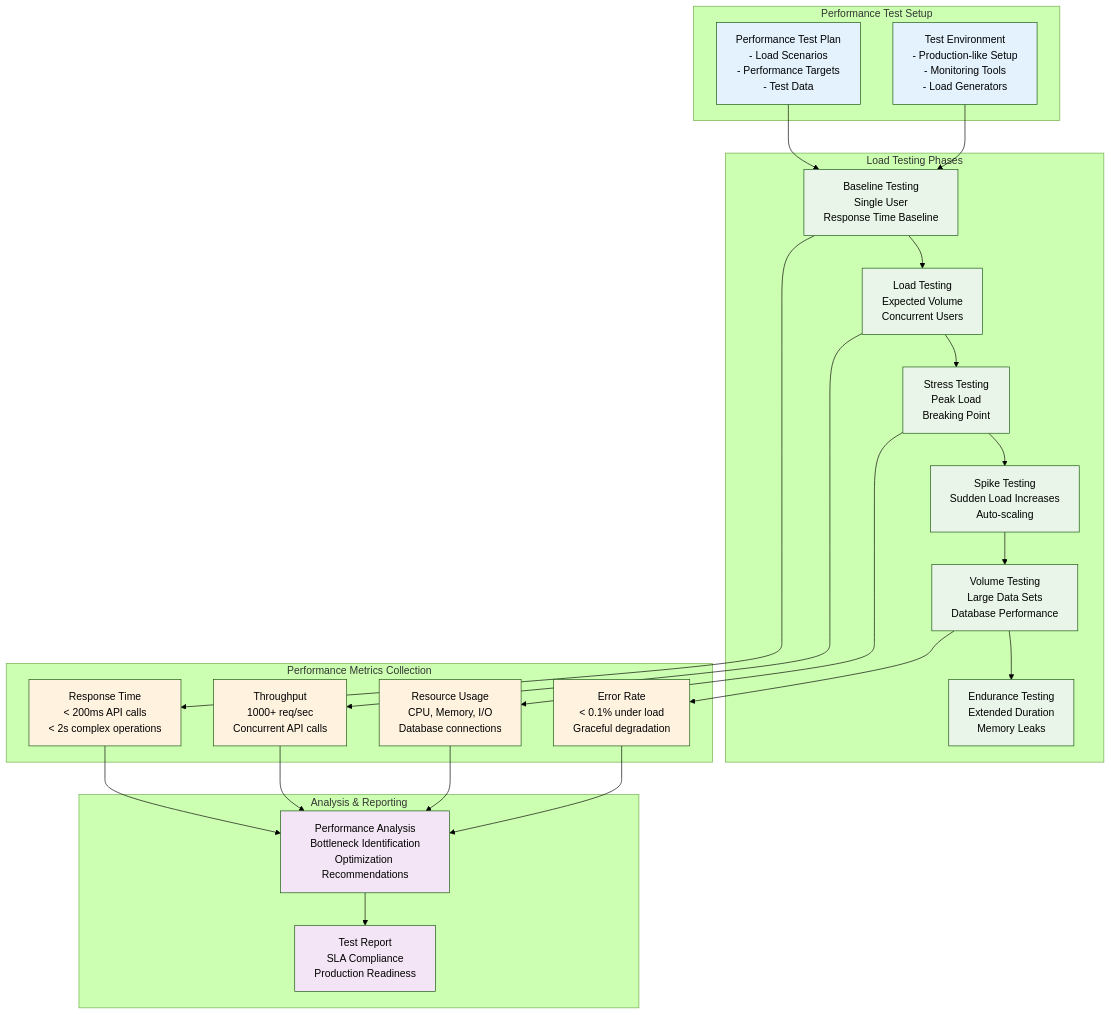
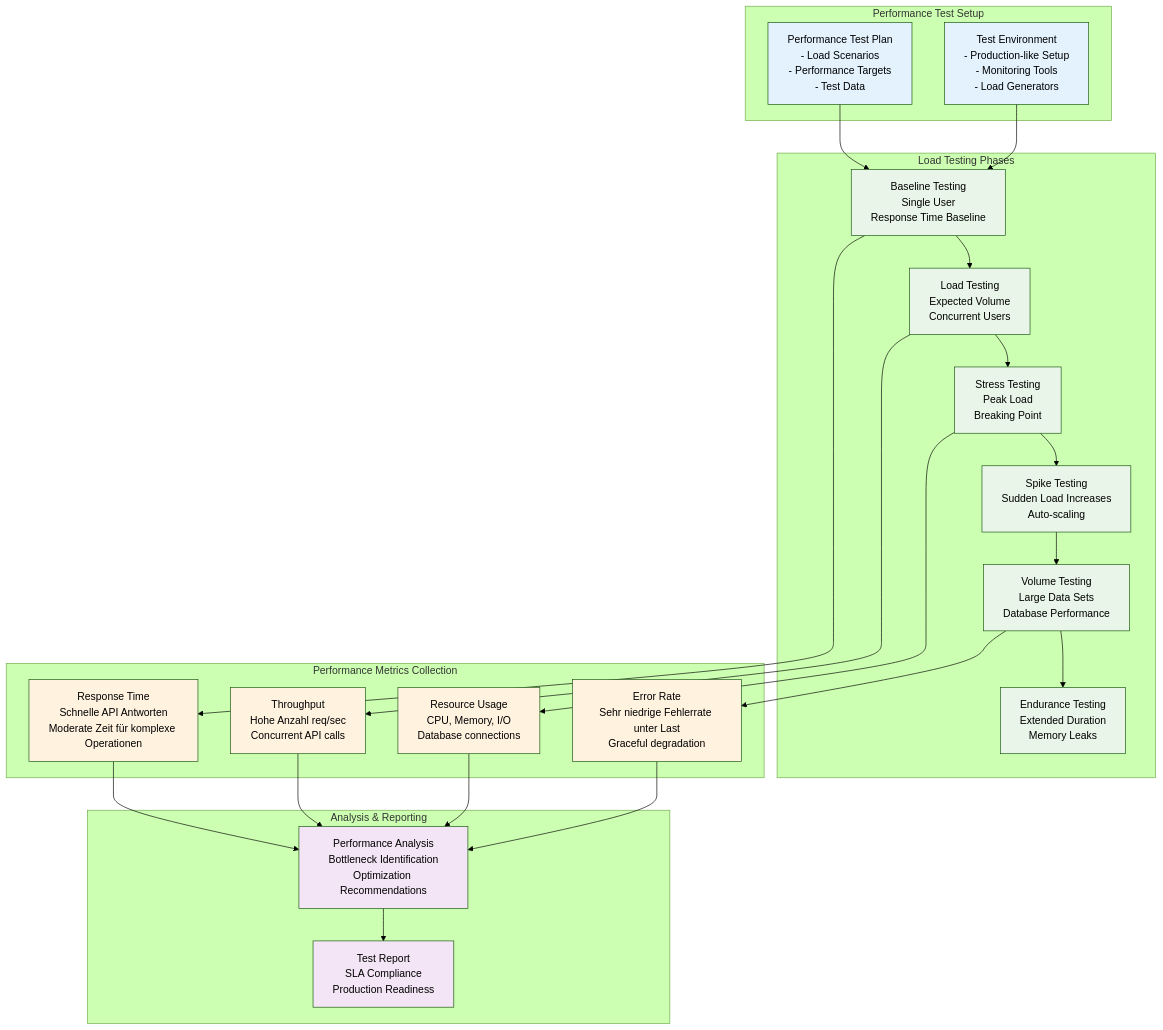
Before and after one commit to openbankingproject-ch/obp-concept: the fourth of 6 diagrams in documentation/Fachliche Conclusions Open API Kundenbeziehung/08 Testing und Verifikation.md, drawn with Mermaid (forest theme). The commit also changed other lines of this file, not shown here.

````diff
--- a/documentation/Fachliche Conclusions Open API Kundenbeziehung/08 Testing und Verifikation.md
+++ b/documentation/Fachliche Conclusions Open API Kundenbeziehung/08 Testing und Verifikation.md
@@ -197,59 +197,59 @@
 ```mermaid
 graph TB
     subgraph "Performance Test Setup"
         TestPlan[Performance Test Plan<br/>- Load Scenarios<br/>- Performance Targets<br/>- Test Data]
         TestEnv[Test Environment<br/>- Production-like Setup<br/>- Monitoring Tools<br/>- Load Generators]
     end
     
     subgraph "Load Testing Phases"
         Baseline[Baseline Testing<br/>Single User<br/>Response Time Baseline]
         Load[Load Testing<br/>Expected Volume<br/>Concurrent Users]
         Stress[Stress Testing<br/>Peak Load<br/>Breaking Point]
         Spike[Spike Testing<br/>Sudden Load Increases<br/>Auto-scaling]
         Volume[Volume Testing<br/>Large Data Sets<br/>Database Performance]
         Endurance[Endurance Testing<br/>Extended Duration<br/>Memory Leaks]
     end
     
     subgraph "Performance Metrics Collection"
-        ResponseTime[Response Time<br/>< 200ms API calls<br/>< 2s complex operations]
-        Throughput[Throughput<br/>1000+ req/sec<br/>Concurrent API calls]
+        ResponseTime[Response Time<br/>Schnelle API Antworten<br/>Moderate Zeit für komplexe Operationen]
+        Throughput[Throughput<br/>Hohe Anzahl req/sec<br/>Concurrent API calls]
         ResourceUsage[Resource Usage<br/>CPU, Memory, I/O<br/>Database connections]
-        ErrorRate[Error Rate<br/>< 0.1% under load<br/>Graceful degradation]
+        ErrorRate[Error Rate<br/>Sehr niedrige Fehlerrate unter Last<br/>Graceful degradation]
     end
     
     subgraph "Analysis & Reporting"
         Analysis[Performance Analysis<br/>Bottleneck Identification<br/>Optimization Recommendations]
         Report[Test Report<br/>SLA Compliance<br/>Production Readiness]
     end
     
     TestPlan --> Baseline
     TestEnv --> Baseline
     
     Baseline --> Load
     Load --> Stress
     Stress --> Spike
     Spike --> Volume
     Volume --> Endurance
     
     Baseline --> ResponseTime
     Load --> Throughput
     Stress --> ResourceUsage
     Volume --> ErrorRate
     
     ResponseTime --> Analysis
     Throughput --> Analysis
     ResourceUsage --> Analysis
     ErrorRate --> Analysis
     
     Analysis --> Report
     
     classDef setup fill:#e3f2fd
     classDef testing fill:#e8f5e8
     classDef metrics fill:#fff3e0
     classDef analysis fill:#f3e5f5
     
     class TestPlan,TestEnv setup
     class Baseline,Load,Stress,Spike,Volume,Endurance testing
     class ResponseTime,Throughput,ResourceUsage,ErrorRate metrics
     class Analysis,Report analysis
 ```
````
